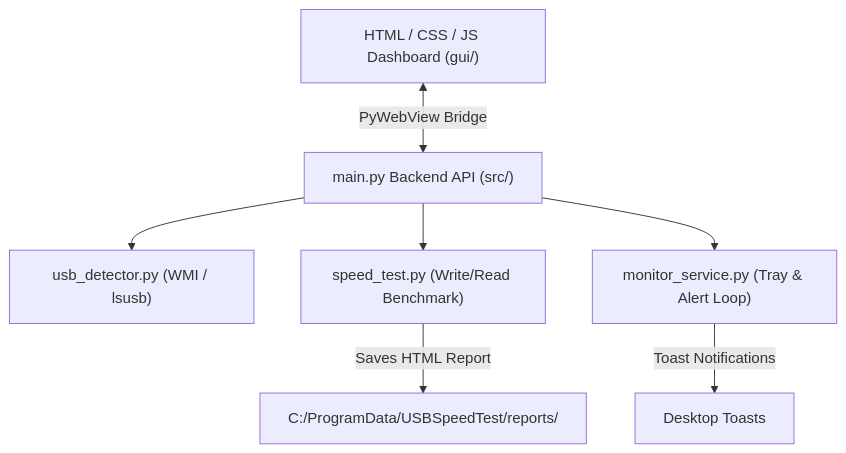
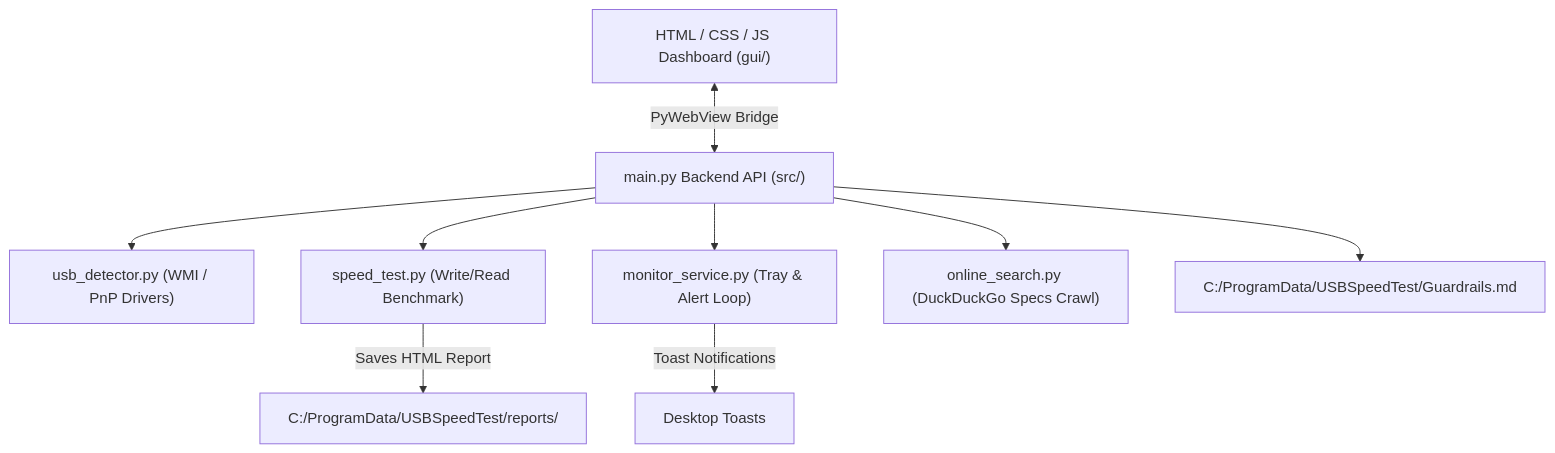
The diagram in README.md (pellurisrinath/USBSpeedTester), drawn with Mermaid before and after one commit. The commit also changed other lines of this file and 1 other file, not shown here.

````diff
--- a/README.md
+++ b/README.md
@@ -46,9 +46,11 @@
 ```mermaid
 graph TD
     UI["HTML / CSS / JS Dashboard (gui/)"] <--> |PyWebView Bridge| PyAPI["main.py Backend API (src/)"]
-    PyAPI --> USB["usb_detector.py (WMI / lsusb)"]
+    PyAPI --> USB["usb_detector.py (WMI / PnP Drivers)"]
     PyAPI --> Bench["speed_test.py (Write/Read Benchmark)"]
     PyAPI --> Service["monitor_service.py (Tray & Alert Loop)"]
+    PyAPI --> Search["online_search.py (DuckDuckGo Specs Crawl)"]
+    PyAPI --> Guard["C:/ProgramData/USBSpeedTest/Guardrails.md"]
     Bench --> |Saves HTML Report| Reports["C:/ProgramData/USBSpeedTest/reports/"]
     Service --> |Toast Notifications| User["Desktop Toasts"]
 ```
````
